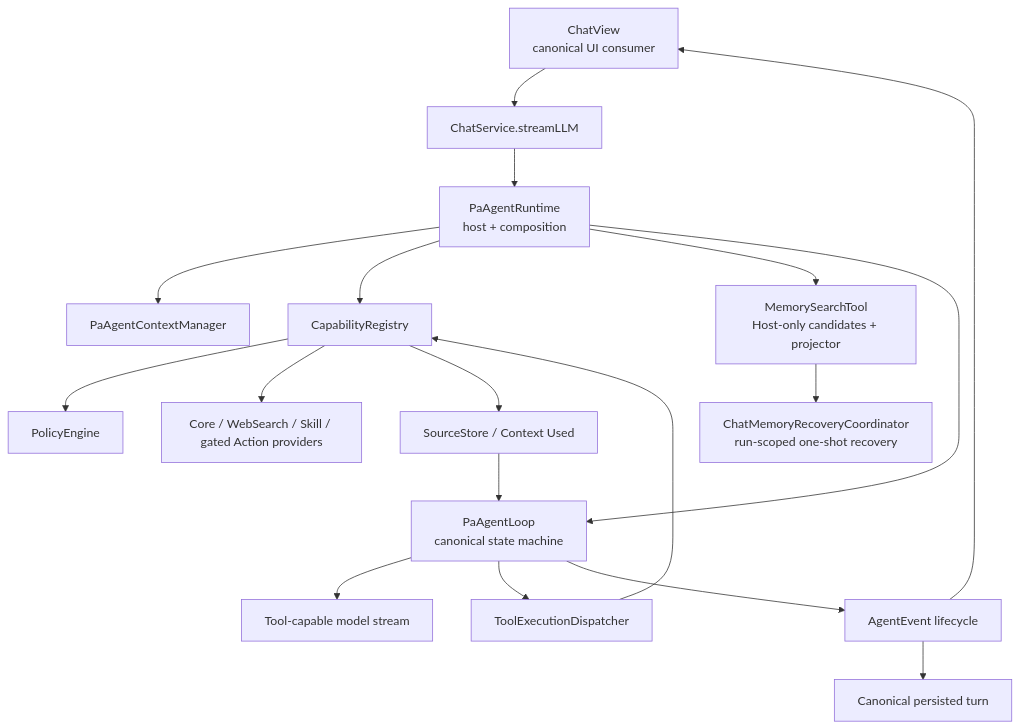
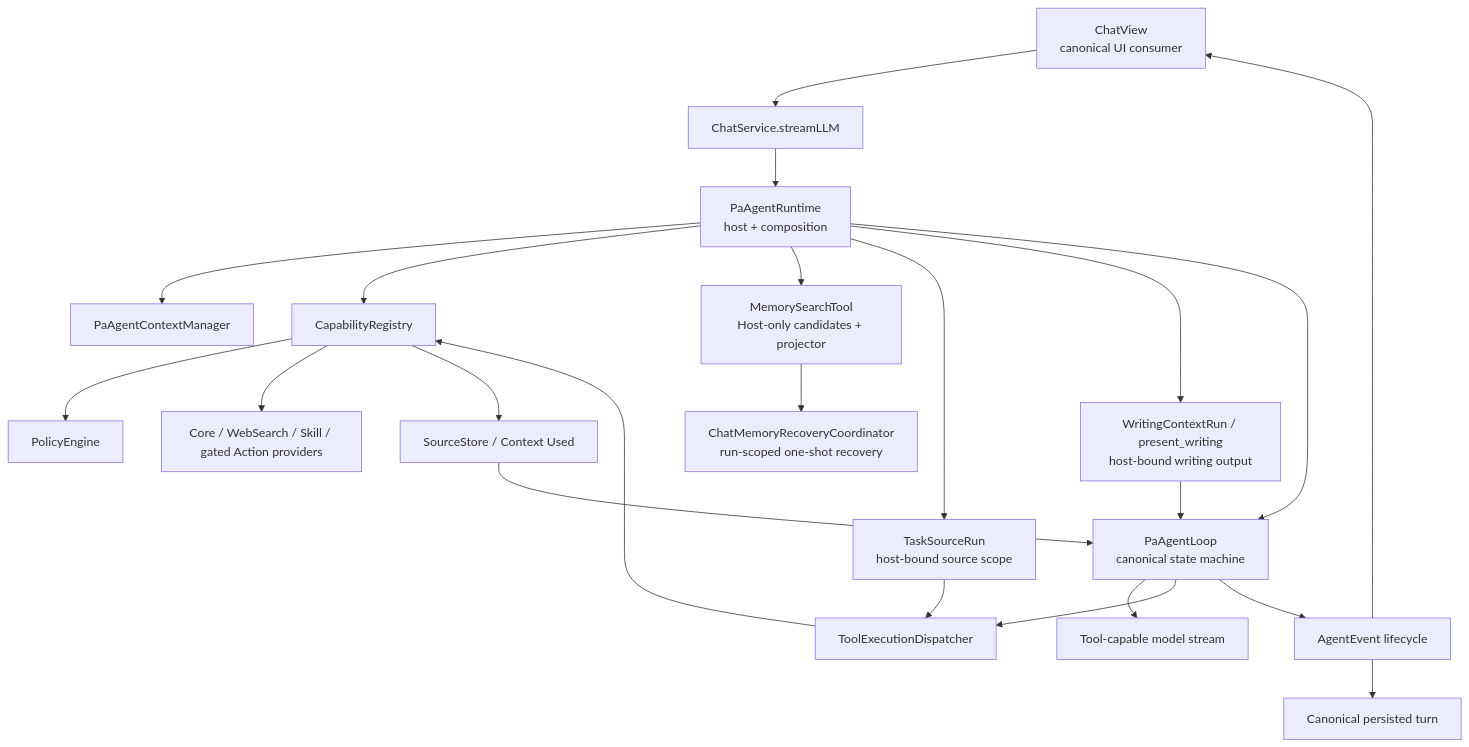
One commit to edonyzpc/personal-assistant changed the diagram in docs/architecture/pa-agent-architecture-plan.md. Above: the diagram before and after it, drawn with Mermaid. The commit also changed other lines of this file and 2 other files, not shown here.

Commit message:
docs(agent): sync B-135 current architecture

````diff
--- a/docs/architecture/pa-agent-architecture-plan.md
+++ b/docs/architecture/pa-agent-architecture-plan.md
@@ -23,30 +23,34 @@
 ```mermaid
 flowchart TD
   ChatView["ChatView\ncanonical UI consumer"]
   ChatService["ChatService.streamLLM"]
   Runtime["PaAgentRuntime\nhost + composition"]
   Context["PaAgentContextManager"]
   Registry["CapabilityRegistry"]
   Policy["PolicyEngine"]
   Providers["Core / WebSearch / Skill / gated Action providers"]
   Loop["PaAgentLoop\ncanonical state machine"]
   Model["Tool-capable model stream"]
   Dispatcher["ToolExecutionDispatcher"]
   Sources["SourceStore / Context Used"]
   Memory["MemorySearchTool\nHost-only candidates + projector"]
   Recovery["ChatMemoryRecoveryCoordinator\nrun-scoped one-shot recovery"]
+  TaskScope["TaskSourceRun\nhost-bound source scope"]
+  Writing["WritingContextRun / present_writing\nhost-bound writing output"]
   Events["AgentEvent lifecycle"]
   History["Canonical persisted turn"]
 
   ChatView --> ChatService --> Runtime
   Runtime --> Context
   Runtime --> Registry --> Policy
   Runtime --> Memory --> Recovery
+  Runtime --> TaskScope --> Dispatcher
+  Runtime --> Writing --> Loop
   Registry --> Providers
   Runtime --> Loop --> Model
   Loop --> Dispatcher --> Registry
   Registry --> Sources
   Sources --> Loop
   Loop --> Events --> ChatView
   Events --> History
 ```
````
